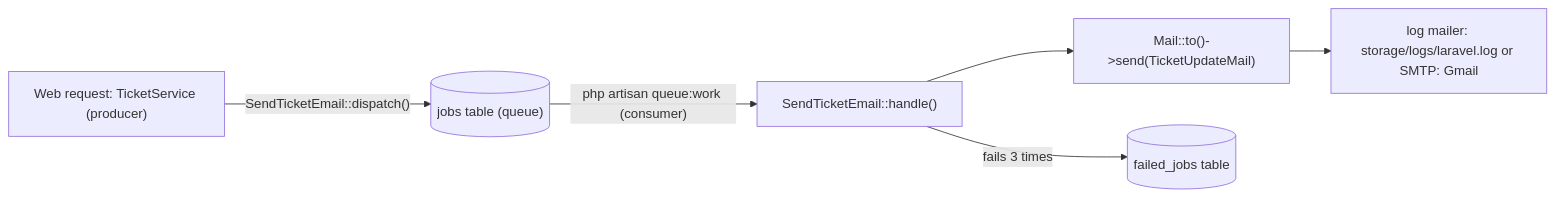
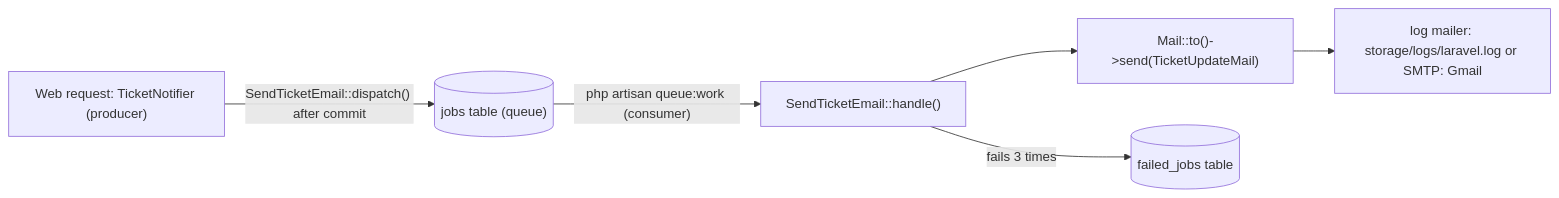
Before and after one commit to Saif-Mahmud-Khan-Dourjoy/ResolveDesk: the first of 2 diagrams in docs/14-QUEUE-AND-EMAIL-GUIDE.md, drawn with Mermaid. The commit also changed other lines of this file and 140 other files, not shown here.

````diff
--- a/docs/14-QUEUE-AND-EMAIL-GUIDE.md
+++ b/docs/14-QUEUE-AND-EMAIL-GUIDE.md
@@ -52,8 +61,8 @@
 ```mermaid
 flowchart LR
-    A["Web request: TicketService (producer)"] -->|"SendTicketEmail::dispatch()"| B[("jobs table (queue)")]
+    A["Web request: TicketNotifier (producer)"] -->|"SendTicketEmail::dispatch() after commit"| B[("jobs table (queue)")]
     B -->|"php artisan queue:work (consumer)"| C["SendTicketEmail::handle()"]
     C --> D["Mail::to()->send(TicketUpdateMail)"]
     D --> E["log mailer: storage/logs/laravel.log or SMTP: Gmail"]
     C -->|"fails 3 times"| F[("failed_jobs table")]
 ```
````
